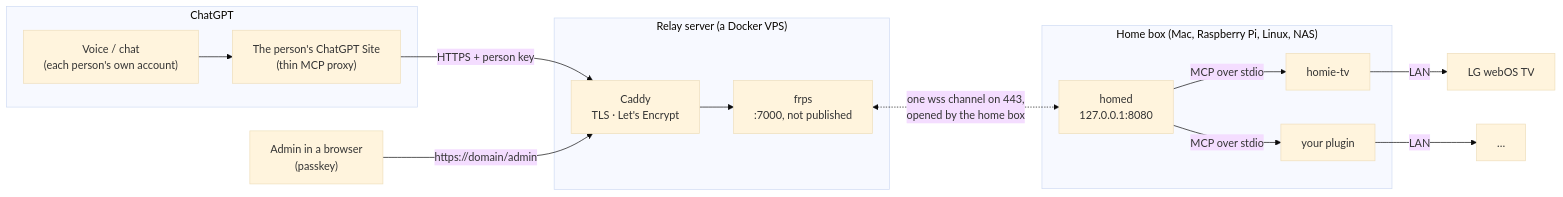
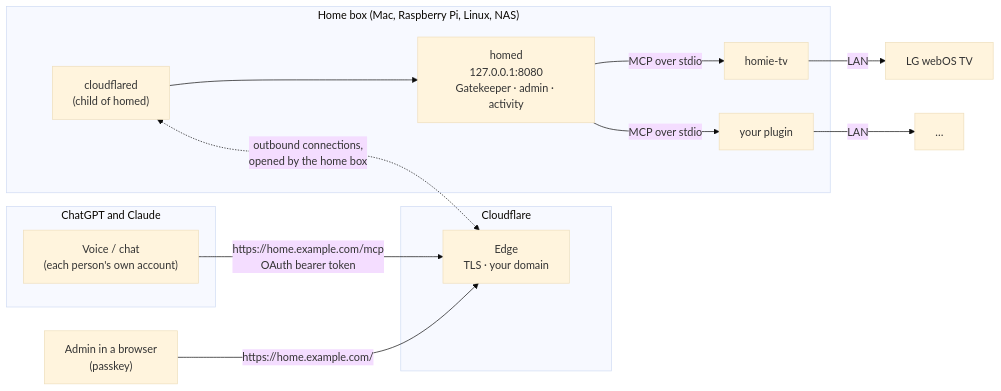
Before and after one commit to devXpro/homie: the first of 3 diagrams in docs/ARCHITECTURE.md, drawn with Mermaid (base theme). The commit also changed other lines of this file and 30 other files, not shown here.

Commit message:
D1: docs for v0.2: Cloudflare Tunnel (own domain or a quick tunnel for trying) instead of the relay, the gatekeeper's parts, guests with devices and terms, co-owners, the admin API on /api/home, upgrading from v0.1, neutral screenshots; RELAY, INSTALL-SERVER and the v0.1 DESIGN are gone

````diff
--- a/docs/ARCHITECTURE.md
+++ b/docs/ARCHITECTURE.md
@@ -12,18 +14,19 @@
 ```mermaid
 flowchart LR
-    subgraph cloud["ChatGPT"]
-        U["Voice / chat<br/>(each person's own account)"] --> S["The person's ChatGPT Site<br/>(thin MCP proxy)"]
+    subgraph assistants["ChatGPT and Claude"]
+        U["Voice / chat<br/>(each person's own account)"]
     end
-    subgraph server["Relay server (a Docker VPS)"]
-        C["Caddy<br/>TLS · Let's Encrypt"] --> F["frps<br/>:7000, not published"]
+    subgraph cf["Cloudflare"]
+        E["Edge<br/>TLS · your domain"]
     end
     subgraph home["Home box (Mac, Raspberry Pi, Linux, NAS)"]
-        H["homed<br/>127.0.0.1:8080"] -->|"MCP over stdio"| P1["homie-tv"]
+        CFD["cloudflared<br/>(child of homed)"] --> H
+        H["homed<br/>127.0.0.1:8080<br/>Gatekeeper · admin · activity"] -->|"MCP over stdio"| P1["homie-tv"]
         H -->|"MCP over stdio"| P2["your plugin"]
     end
     P1 -->|"LAN"| D1["LG webOS TV"]
     P2 -->|"LAN"| D2["…"]
-    S -->|"HTTPS + person key"| C
-    F <-.->|"one wss channel on 443,<br/>opened by the home box"| H
-    A["Admin in a browser<br/>(passkey)"] -->|"https://domain/admin"| C
+    U -->|"https://home.example.com/mcp<br/>OAuth bearer token"| E
+    A["Admin in a browser<br/>(passkey)"] -->|"https://home.example.com/"| E
+    CFD <-.->|"outbound connections,<br/>opened by the home box"| E
 ```
````
